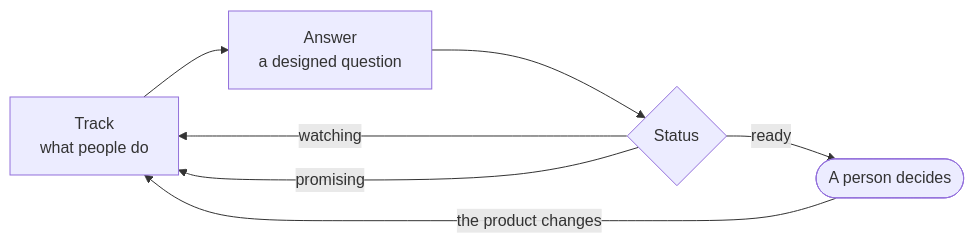
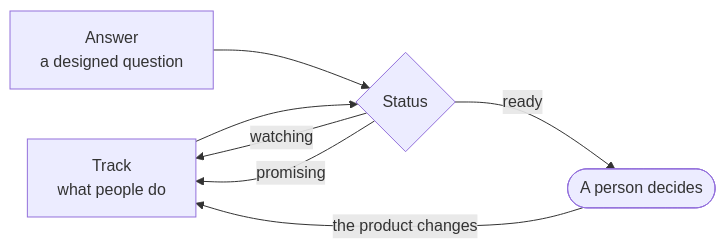
One commit to rbadillap/registry.directory changed the first of 2 diagrams in packages/feedback/README.md. Above: the diagram before and after it, drawn with Mermaid. The commit also changed other lines of this file, not shown here.

Commit message:
packages/feedback: track and answer feed status independently; /r tracks the fetched install

````diff
--- a/packages/feedback/README.md
+++ b/packages/feedback/README.md
@@ -14,9 +14,9 @@
 ```mermaid
 flowchart LR
-  T["Track<br/>what people do"] --> A["Answer<br/>a designed question"]
-  A --> S{"Status"}
+  T["Track<br/>what people do"] --> S{"Status"}
+  A["Answer<br/>a designed question"] --> S
   S -- watching --> T
   S -- promising --> T
   S -- ready --> P(["A person decides"])
   P -- the product changes --> T
 ```
````
